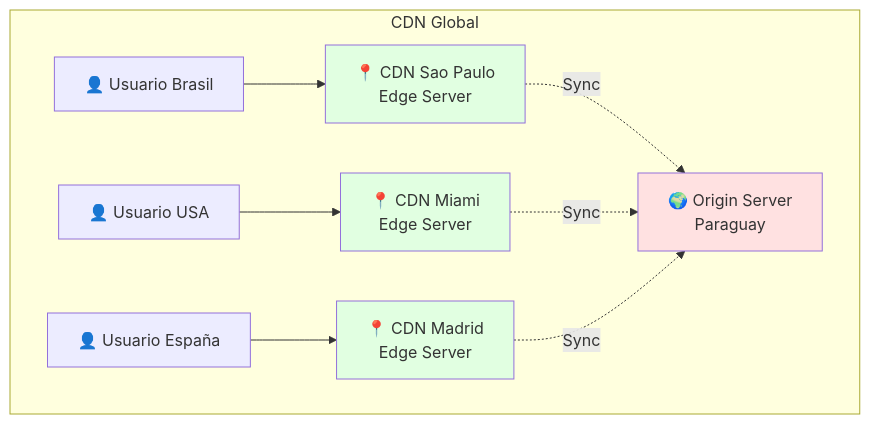
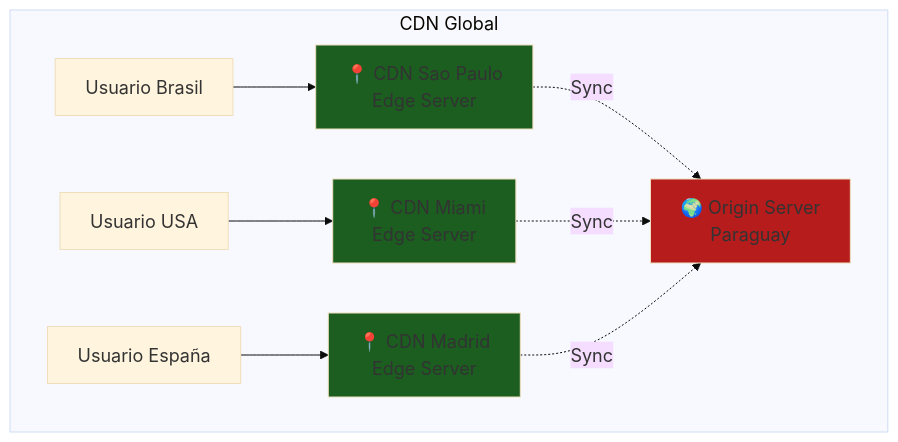
The eighth of 20 diagrams in courses/🟡-development/FPUNA-2026/01-DESARROLLO-SOFTWARE/05-diseno-sistemas.md (Ai-Whisperers/Courses-Content), drawn with Mermaid before and after one commit. The commit also changed other lines of this file and 47 other files, not shown here.

First line of the commit message:
fix: Make all 473 diagrams WCAG AAA accessible (FPUNA-2026)

````diff
--- a/courses/🟡-development/FPUNA-2026/01-DESARROLLO-SOFTWARE/05-diseno-sistemas.md
+++ b/courses/🟡-development/FPUNA-2026/01-DESARROLLO-SOFTWARE/05-diseno-sistemas.md
@@ -294,23 +301,24 @@
 ```mermaid
+%%{init: {'theme':'base', 'themeVariables': {'fontSize':'18px'}}}%%
 graph TB
     subgraph "CDN Global"
         O[🌍 Origin Server<br/>Paraguay]
         
         CDN1[📍 CDN Sao Paulo<br/>Edge Server]
         CDN2[📍 CDN Miami<br/>Edge Server]
         CDN3[📍 CDN Madrid<br/>Edge Server]
         
-        U1[👤 Usuario Brasil] --> CDN1
-        U2[👤 Usuario USA] --> CDN2
-        U3[👤 Usuario España] --> CDN3
+        U1[Usuario Brasil] --> CDN1
+        U2[Usuario USA] --> CDN2
+        U3[Usuario España] --> CDN3
         
         CDN1 -.Sync.-> O
         CDN2 -.Sync.-> O
         CDN3 -.Sync.-> O
     end
     
-    style O fill:#FFE1E1
-    style CDN1 fill:#E1FFE1
-    style CDN2 fill:#E1FFE1
-    style CDN3 fill:#E1FFE1
+    style O fill:#b71c1c
+    style CDN1 fill:#1b5e20
+    style CDN2 fill:#1b5e20
+    style CDN3 fill:#1b5e20
 ```
````
